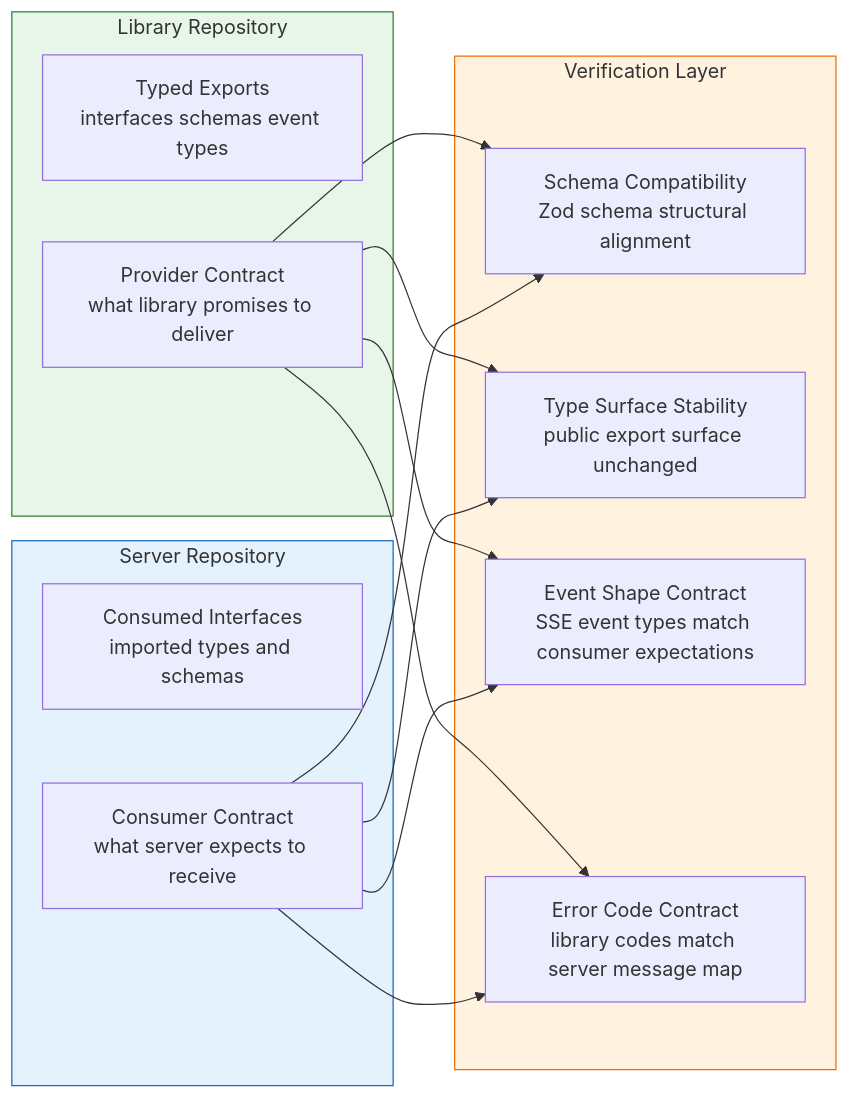
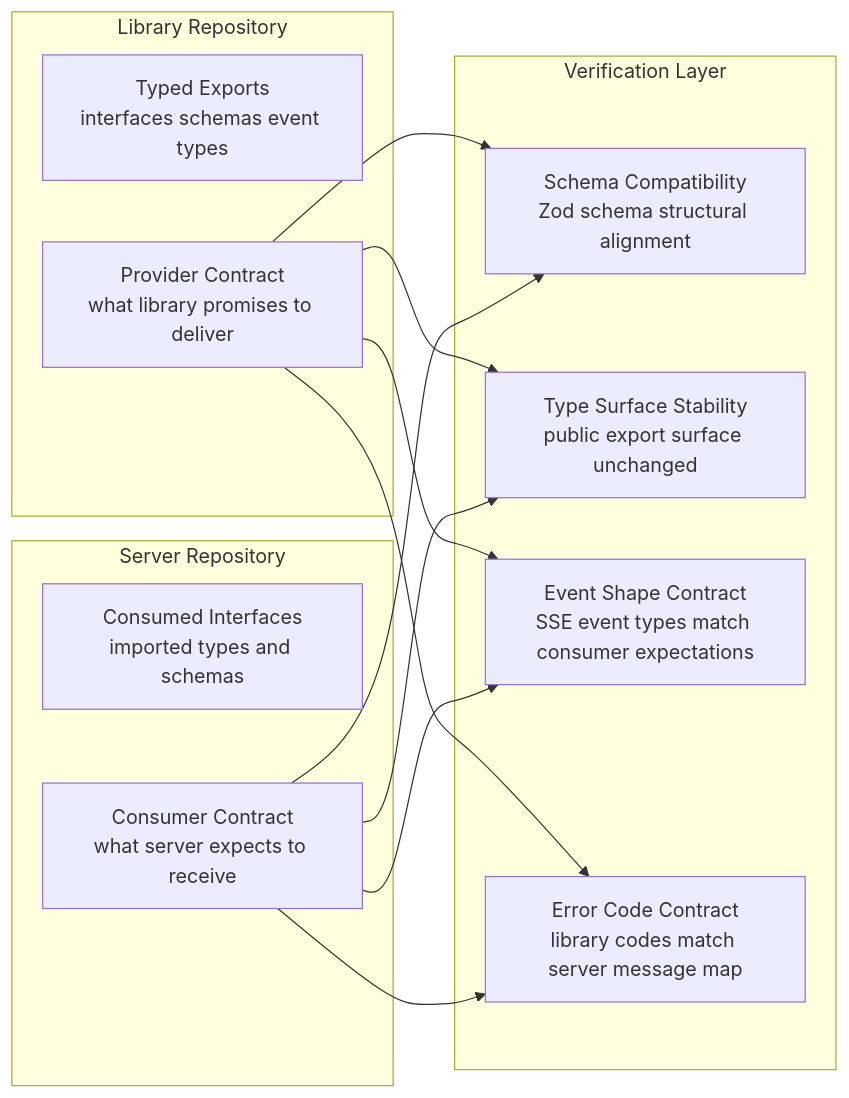
One commit to 1qh/safeagent changed diagram 11 of 14 in plan/testing.md. Above: the diagram before and after it, drawn with Mermaid. The commit also changed other lines of this file and 43 other files, not shown here.

Commit message:
Phase 3 compression: strip non-semantic separators and Mermaid style metadata

````diff
--- a/plan/testing.md
+++ b/plan/testing.md
@@ -954,32 +904,29 @@
 ```mermaid
 flowchart LR
     subgraph LIBRARY_SIDE["Library Repository"]
         LIB_EXPORTS["Typed Exports\ninterfaces schemas event types"]
         LIB_PROVIDER_CONTRACT["Provider Contract\nwhat library promises to deliver"]
     end
 
     subgraph SERVER_SIDE["Server Repository"]
         SERVER_IMPORTS["Consumed Interfaces\nimported types and schemas"]
         SERVER_CONSUMER_CONTRACT["Consumer Contract\nwhat server expects to receive"]
     end
 
     subgraph CONTRACT_VERIFICATION["Verification Layer"]
         SCHEMA_COMPAT["Schema Compatibility\nZod schema structural alignment"]
         TYPE_COMPAT["Type Surface Stability\npublic export surface unchanged"]
         EVENT_COMPAT["Event Shape Contract\nSSE event types match consumer expectations"]
         ERROR_COMPAT["Error Code Contract\nlibrary codes match server message map"]
     end
 
     LIB_PROVIDER_CONTRACT --> SCHEMA_COMPAT
     SERVER_CONSUMER_CONTRACT --> SCHEMA_COMPAT
     LIB_PROVIDER_CONTRACT --> TYPE_COMPAT
     SERVER_CONSUMER_CONTRACT --> TYPE_COMPAT
     LIB_PROVIDER_CONTRACT --> EVENT_COMPAT
     SERVER_CONSUMER_CONTRACT --> EVENT_COMPAT
     LIB_PROVIDER_CONTRACT --> ERROR_COMPAT
     SERVER_CONSUMER_CONTRACT --> ERROR_COMPAT
 
-    style LIBRARY_SIDE fill:#e8f5e9,stroke:#2e7d32
-    style SERVER_SIDE fill:#e3f2fd,stroke:#1565c0
-    style CONTRACT_VERIFICATION fill:#fff3e0,stroke:#ef6c00
 ```
````
